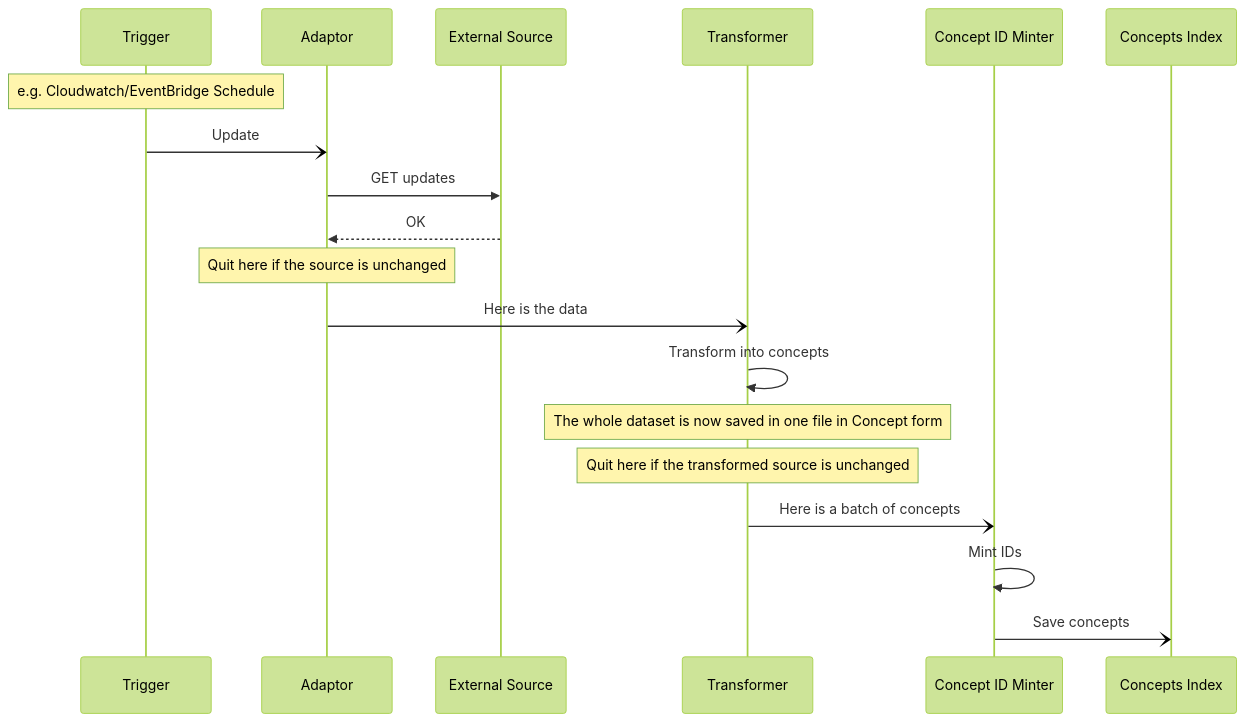
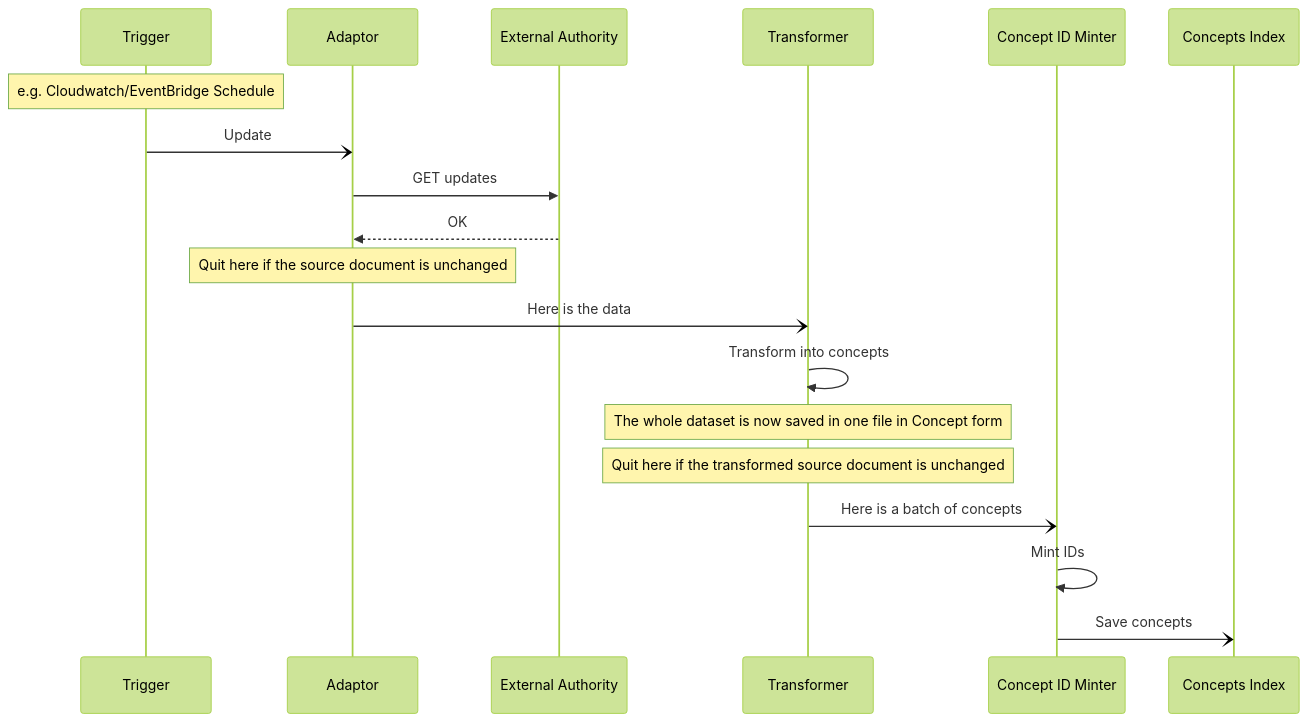
The first of 2 diagrams in rfcs/052-concepts-pipeline/README.md (wellcomecollection/docs), drawn with Mermaid (forest theme) before and after one commit. The commit also changed other lines of this file, not shown here.

````diff
--- a/rfcs/052-concepts-pipeline/README.md
+++ b/rfcs/052-concepts-pipeline/README.md
@@ -88,22 +46,22 @@
 ```mermaid
 sequenceDiagram
 participant Trigger
 note over Trigger: e.g. Cloudwatch/EventBridge Schedule
 participant Adaptor
-participant ExternalSource as External Source
+participant ExternalAuthority as External Authority
 participant Transformer
 participant Minter as Concept ID Minter
 participant ConceptsIndex as Concepts Index
 Trigger -) Adaptor: Update
-Adaptor ->> ExternalSource: GET updates
-ExternalSource -->> Adaptor : OK
-Note over Adaptor: Quit here if the source is unchanged
+Adaptor ->> ExternalAuthority: GET updates
+ExternalAuthority -->> Adaptor : OK
+Note over Adaptor: Quit here if the source document is unchanged
 Adaptor -) Transformer: Here is the data
 Transformer ->> Transformer: Transform into concepts
 Note over Transformer: The whole dataset is now saved in one file in Concept form
-Note over Transformer: Quit here if the transformed source is unchanged
+Note over Transformer: Quit here if the transformed source document is unchanged
 Transformer -) Minter: Here is a batch of concepts
 Minter ->> Minter: Mint IDs
 Minter -) ConceptsIndex: Save concepts
 
 ```
````
